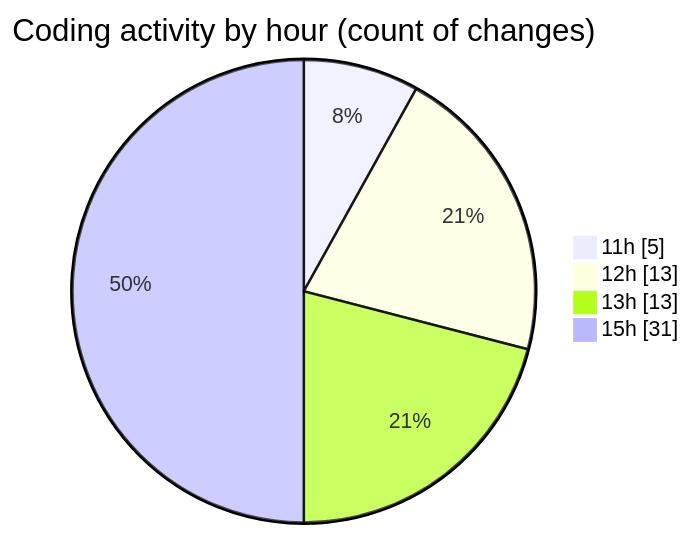
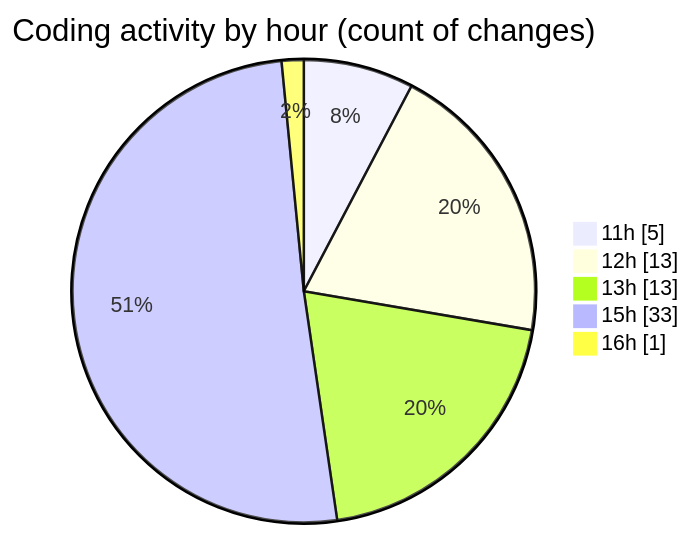
The second of 2 diagrams in 2025-08-06/nxtqube_webapp/README.md (nxtqubesakshisongat/code-tracking), drawn with Mermaid before and after one commit. The commit also changed other lines of this file and 1 other file, not shown here.

````diff
--- a/2025-08-06/nxtqube_webapp/README.md
+++ b/2025-08-06/nxtqube_webapp/README.md
@@ -40,8 +40,9 @@
 ```mermaid
 pie showData
 title Coding activity by hour (count of changes)
 "11h" : 5
 "12h" : 13
 "13h" : 13
-"15h" : 31
+"15h" : 33
+"16h" : 1
 ```
````
